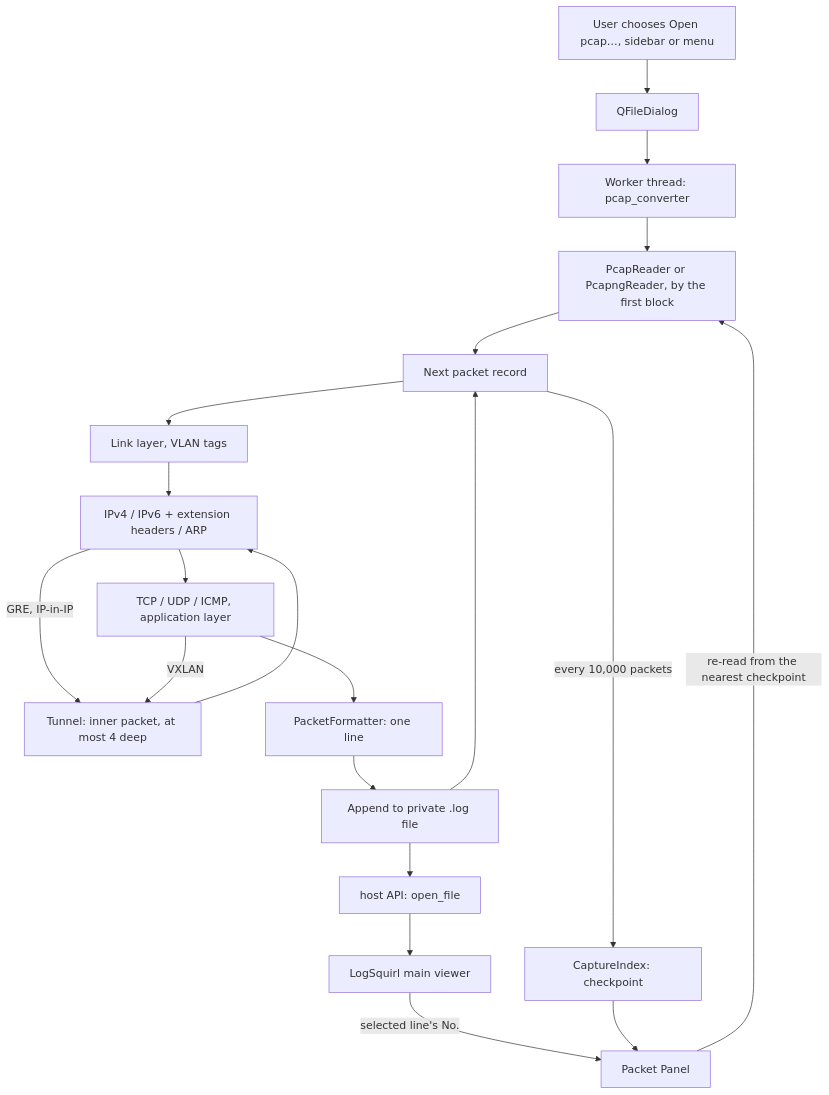
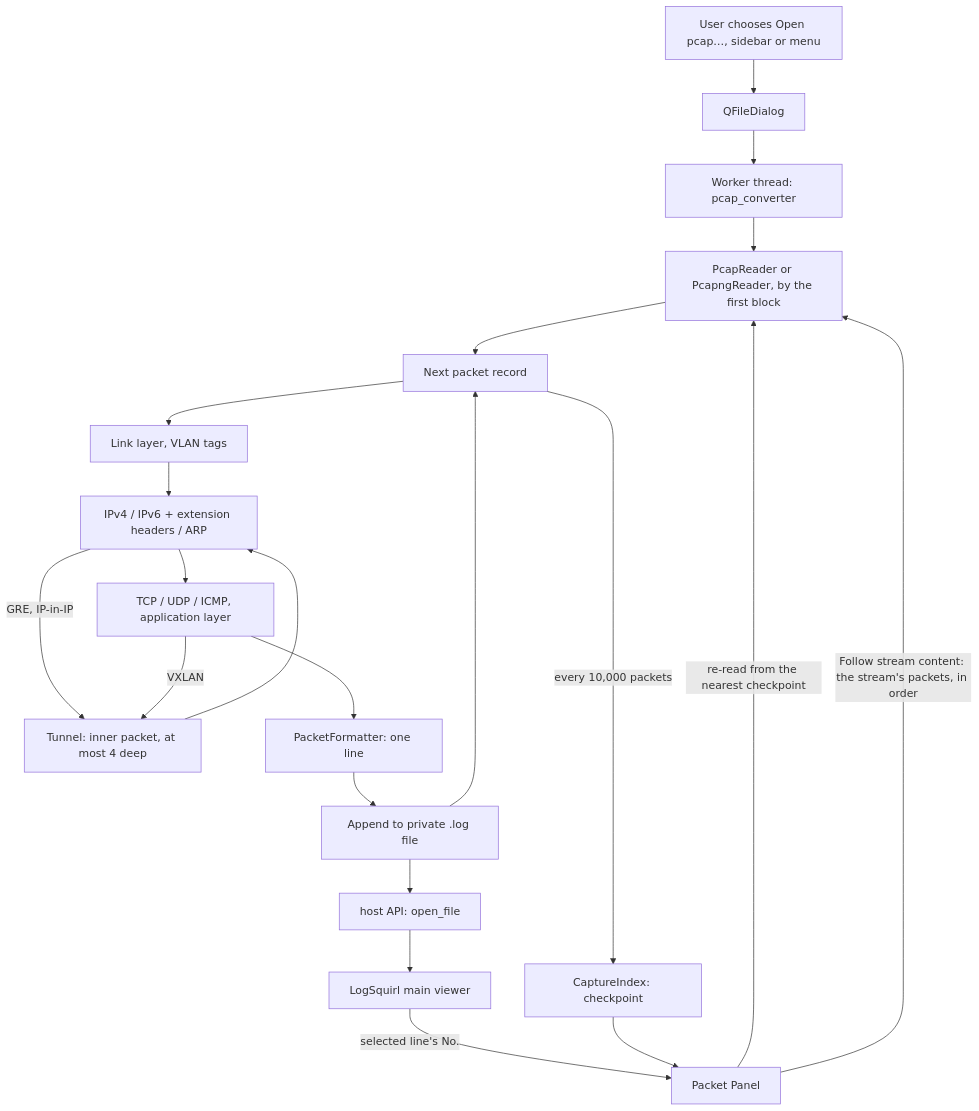
The diagram in README.md (64x-lunicorn/LogSquirl-tcpdump), drawn with Mermaid before and after one commit. The commit also changed other lines of this file and 20 other files, not shown here.

First line of the commit message:
Follow stream content in the Packet Panel

````diff
--- a/README.md
+++ b/README.md
@@ -338,22 +356,23 @@
 ```mermaid
 graph TD
     A[User chooses Open pcap…, sidebar or menu] --> B[QFileDialog]
     B --> C[Worker thread: pcap_converter]
     C --> D[PcapReader or PcapngReader, by the first block]
     D --> E[Next packet record]
     E --> F[Link layer, VLAN tags]
     F --> G[IPv4 / IPv6 + extension headers / ARP]
     G --> H[TCP / UDP / ICMP, application layer]
     G -->|GRE, IP-in-IP| T[Tunnel: inner packet, at most 4 deep]
     H -->|VXLAN| T
     T --> G
     H --> I[PacketFormatter: one line]
     I --> J[Append to private .log file]
     J --> E
     J --> K[host API: open_file]
     K --> L[LogSquirl main viewer]
     E -->|every 10,000 packets| X[CaptureIndex: checkpoint]
     L -->|selected line's No.| P[Packet Panel]
     X --> P
     P -->|re-read from the nearest checkpoint| D
+    P -->|Follow stream content: the stream's packets, in order| D
 ```
````
